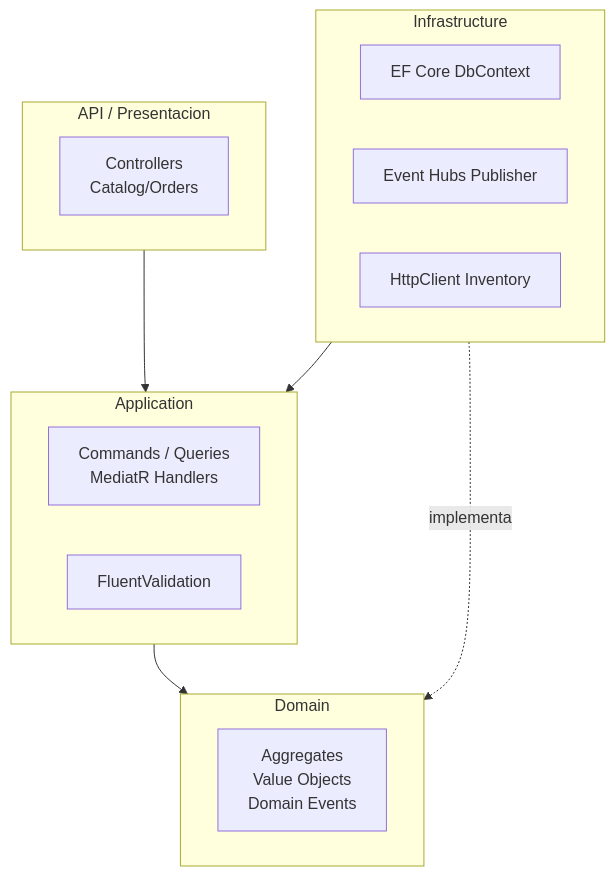
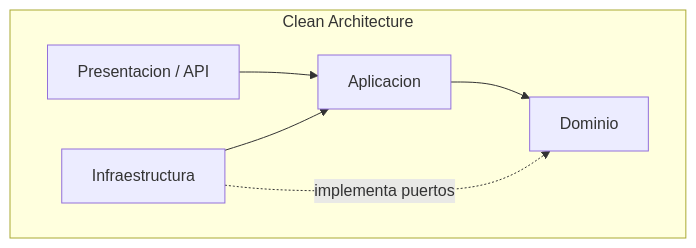
One commit to winbugsmx/ShopDemo changed the diagram in docs/teoria-entrevistas/assets/diagrams/02-clean-architecture.mermaid. Above: the diagram before and after it, drawn with Mermaid. The commit also changed 114 other files, not shown here.

```diff
--- a/docs/teoria-entrevistas/assets/diagrams/02-clean-architecture.mermaid
+++ b/docs/teoria-entrevistas/assets/diagrams/02-clean-architecture.mermaid
@@ -1,20 +1,10 @@
 flowchart TB
-  subgraph API["API / Presentacion"]
-    CTRL[Controllers<br/>Catalog/Orders]
+  subgraph CAPAS["Clean Architecture"]
+    P[Presentacion / API]
+    A[Aplicacion]
+    D[Dominio]
+    I[Infraestructura]
   end
-  subgraph APP["Application"]
-    CMD[Commands / Queries<br/>MediatR Handlers]
-    VAL[FluentValidation]
-  end
-  subgraph DOM["Domain"]
-    AGG[Aggregates<br/>Value Objects<br/>Domain Events]
-  end
-  subgraph INF["Infrastructure"]
-    EF[EF Core DbContext]
-    EH[Event Hubs Publisher]
-    HTTP[HttpClient Inventory]
-  end
-  API --> APP
-  APP --> DOM
-  INF --> APP
-  INF -.->|implementa| DOM
+  P --> A --> D
+  I --> A
+  I -.->|implementa puertos| D
```
